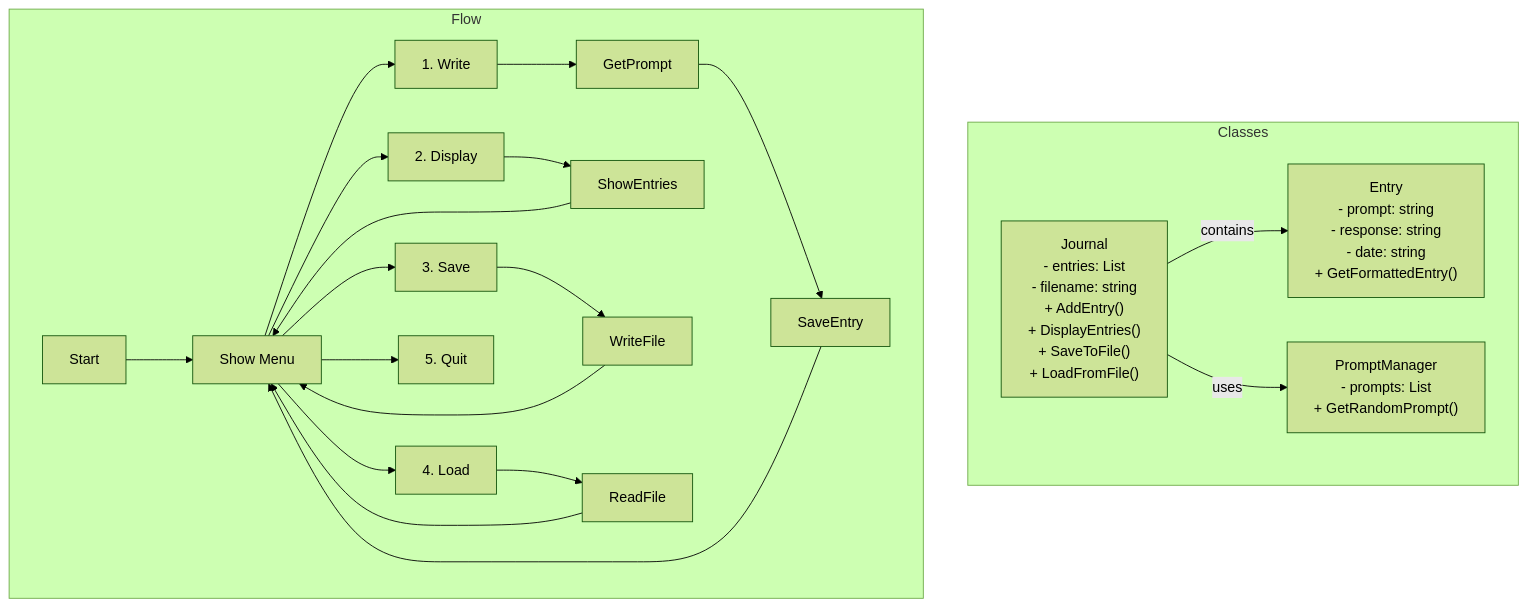
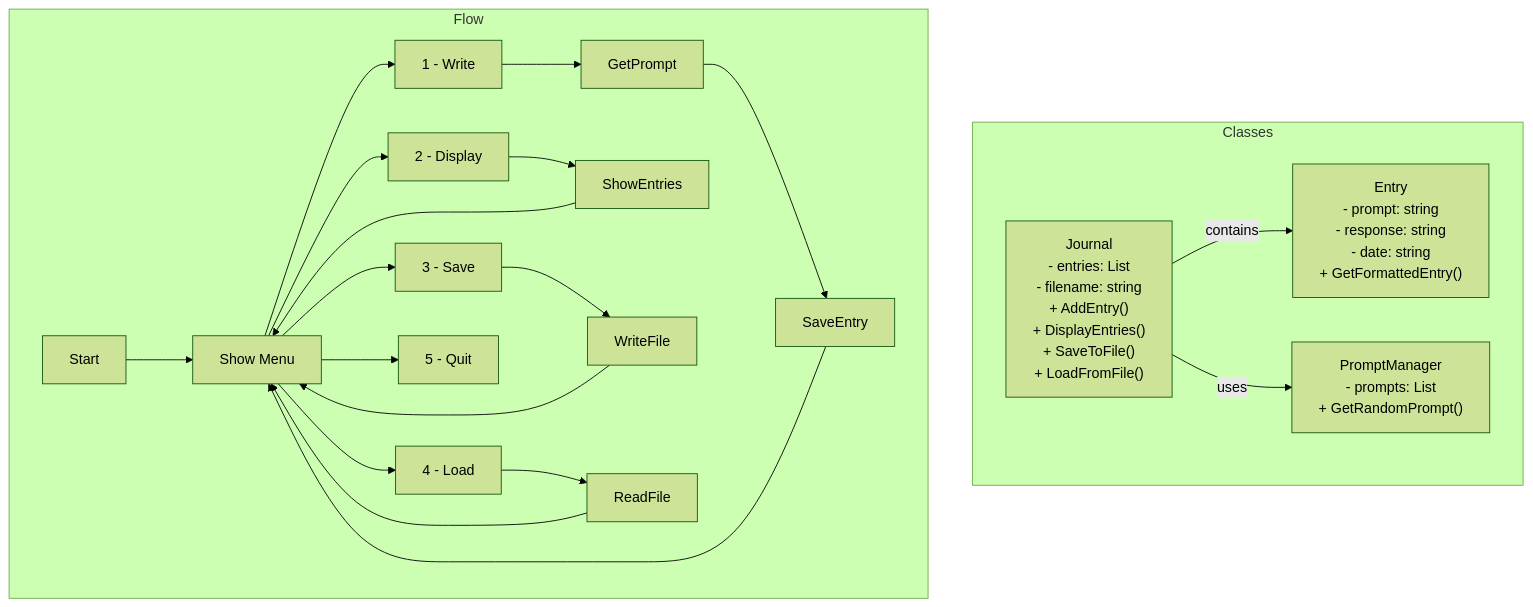
Before and after one commit to Ether-G/CSE210: the diagram in team/week3/combined.mmd, drawn with Mermaid (forest theme).

Commit message:
fix markdown

```diff
--- a/team/week3/combined.mmd
+++ b/team/week3/combined.mmd
@@ -1,21 +1,21 @@
 graph TD
     subgraph Classes
         J["Journal<br>- entries: List<Entry><br>- filename: string<br>+ AddEntry()<br>+ DisplayEntries()<br>+ SaveToFile()<br>+ LoadFromFile()"]
         E["Entry<br>- prompt: string<br>- response: string<br>- date: string<br>+ GetFormattedEntry()"]
         P["PromptManager<br>- prompts: List<string><br>+ GetRandomPrompt()"]
         J -->|contains| E
         J -->|uses| P
     end
     
     subgraph Flow
         Start --> Menu[Show Menu]
-        Menu --> Write[1. Write]
-        Menu --> Display[2. Display]
-        Menu --> Save[3. Save]
-        Menu --> Load[4. Load]
-        Menu --> Quit[5. Quit]
+        Menu --> Write[1 - Write]
+        Menu --> Display[2 - Display]
+        Menu --> Save[3 - Save]
+        Menu --> Load[4 - Load]
+        Menu --> Quit[5 - Quit]
         Write --> GetPrompt --> SaveEntry --> Menu
         Display --> ShowEntries --> Menu
         Save --> WriteFile --> Menu
         Load --> ReadFile --> Menu
     end
```
